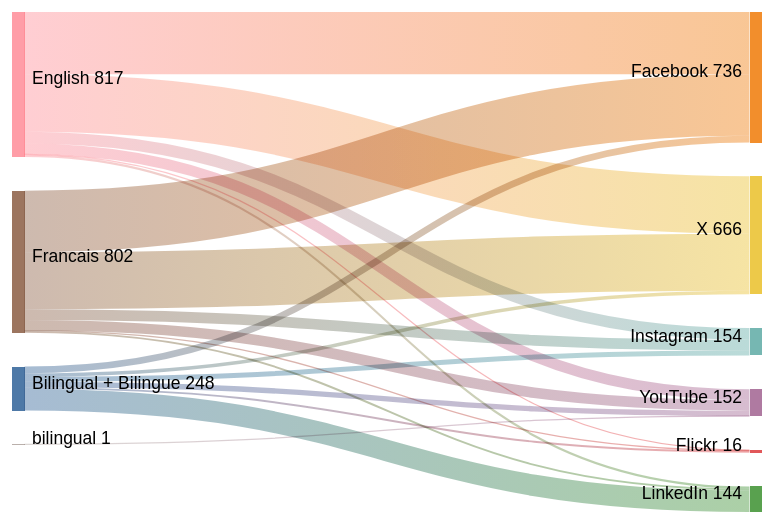
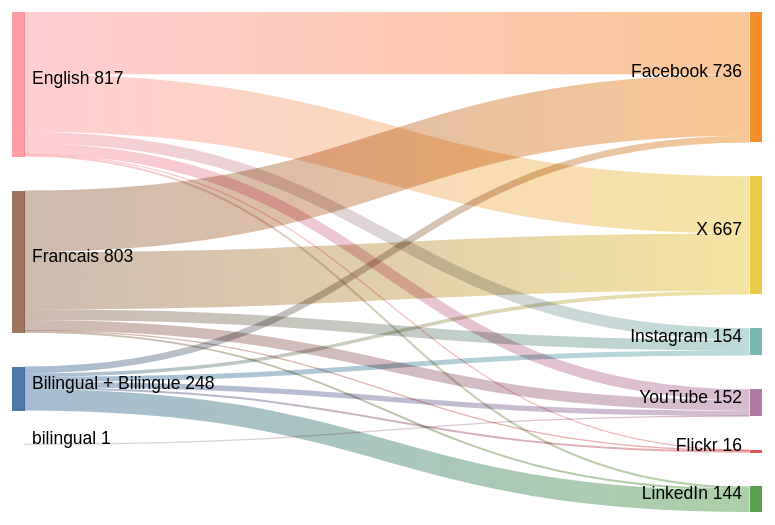
Before and after one commit to PatLittle/GC-Socials: the diagram in sankey_diagram.md, drawn with Mermaid (forest theme).

Commit message:
Update Sankey diagram for the most recent day

````diff
--- a/sankey_diagram.md
+++ b/sankey_diagram.md
@@ -1,22 +1,22 @@
 ```mermaid
 sankey-beta
   Bilingual + Bilingue,Facebook,38
   Bilingual + Bilingue,Flickr,11
   Bilingual + Bilingue,Instagram,28
   Bilingual + Bilingue,LinkedIn,121
   Bilingual + Bilingue,X,20
   Bilingual + Bilingue,YouTube,30
   English,Facebook,351
   English,Flickr,3
   English,Instagram,66
   English,LinkedIn,12
   English,X,324
   English,YouTube,61
   Francais,Facebook,347
   Francais,Flickr,2
   Francais,Instagram,60
   Francais,LinkedIn,11
-  Francais,X,322
+  Francais,X,323
   Francais,YouTube,60
   bilingual,YouTube,1
 ```
````
